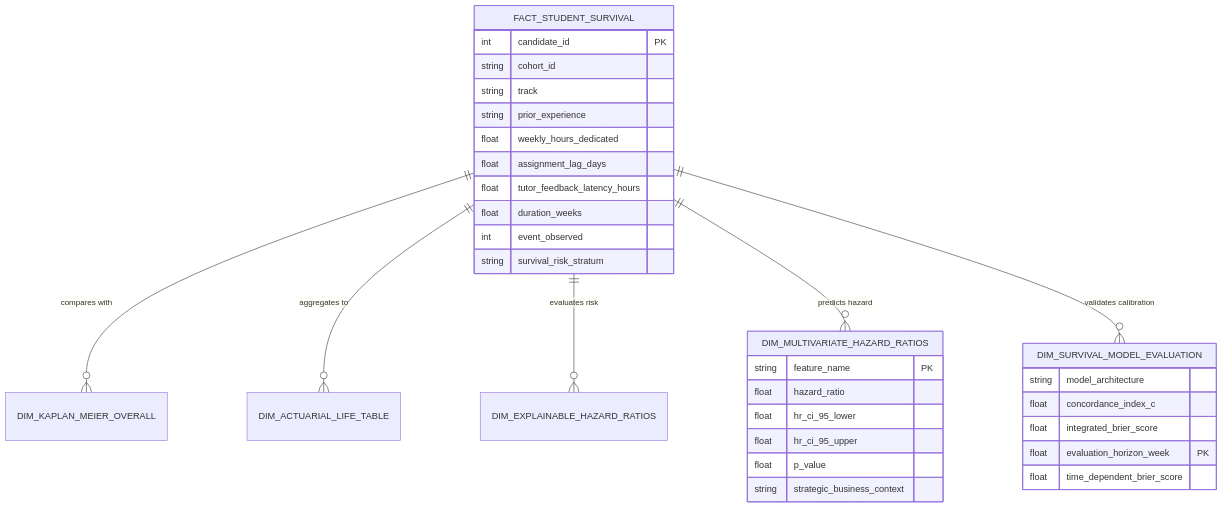
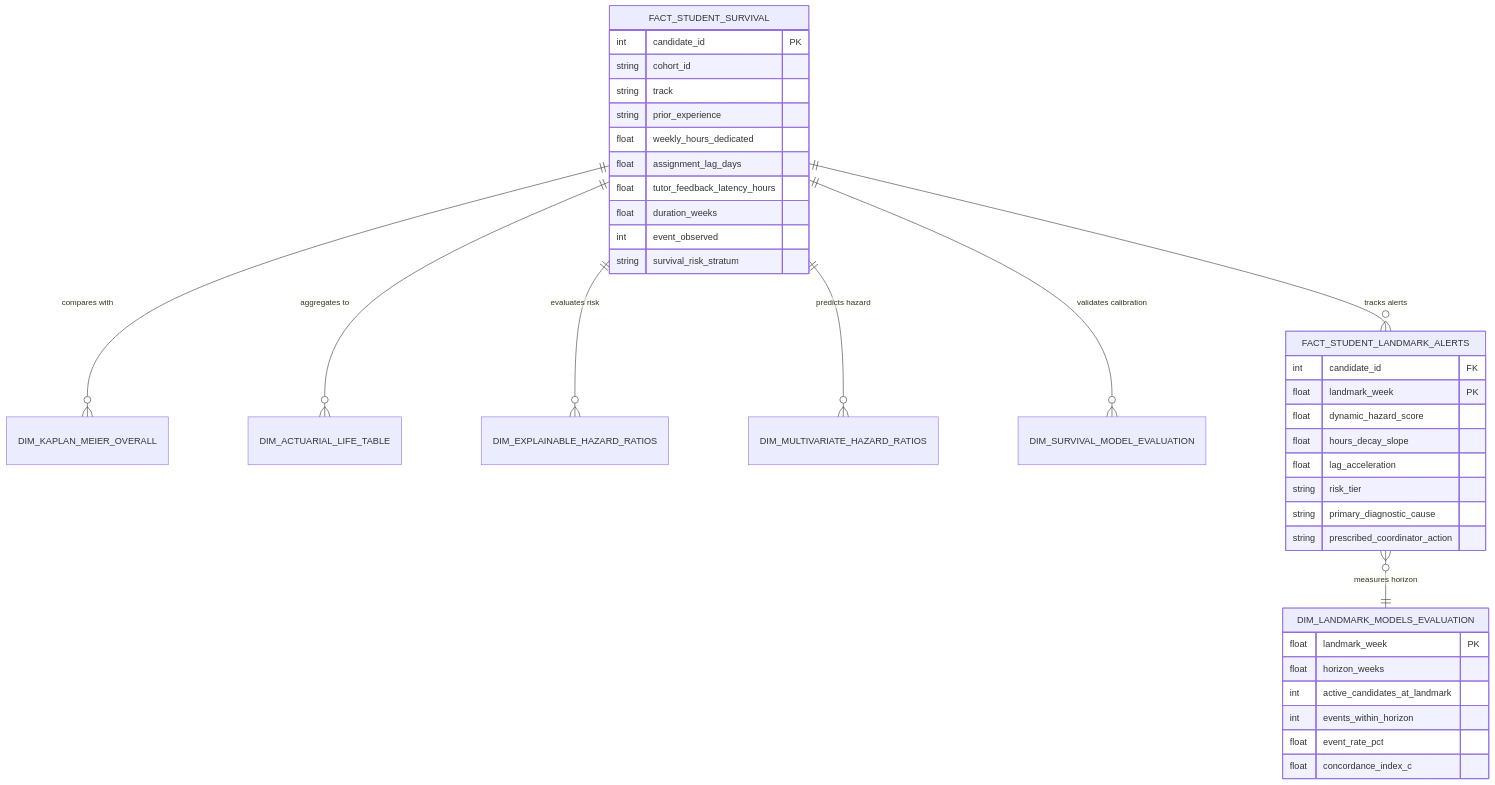
Before and after one commit to Maxrodri0311/crossing-hurdles-talent-survival-engine: the second of 2 diagrams in 00_SPEC.md, drawn with Mermaid. The commit also changed other lines of this file and 5 other files, not shown here.

Commit message:
implement dynamic longitudinal landmark survival engine with trajectory momentum and operational risk triage

````diff
--- a/00_SPEC.md
+++ b/00_SPEC.md
@@ -91,36 +99,41 @@
 ```mermaid
 erDiagram
     FACT_STUDENT_SURVIVAL ||--o{ DIM_KAPLAN_MEIER_OVERALL : "compares with"
     FACT_STUDENT_SURVIVAL ||--o{ DIM_ACTUARIAL_LIFE_TABLE : "aggregates to"
     FACT_STUDENT_SURVIVAL ||--o{ DIM_EXPLAINABLE_HAZARD_RATIOS : "evaluates risk"
     FACT_STUDENT_SURVIVAL ||--o{ DIM_MULTIVARIATE_HAZARD_RATIOS : "predicts hazard"
     FACT_STUDENT_SURVIVAL ||--o{ DIM_SURVIVAL_MODEL_EVALUATION : "validates calibration"
+    FACT_STUDENT_SURVIVAL ||--o{ FACT_STUDENT_LANDMARK_ALERTS : "tracks alerts"
+    FACT_STUDENT_LANDMARK_ALERTS }o--|| DIM_LANDMARK_MODELS_EVALUATION : "measures horizon"
 
     FACT_STUDENT_SURVIVAL {
         int candidate_id PK
         string cohort_id
         string track
         string prior_experience
         float weekly_hours_dedicated
         float assignment_lag_days
         float tutor_feedback_latency_hours
         float duration_weeks
         int event_observed
         string survival_risk_stratum
     }
-    DIM_MULTIVARIATE_HAZARD_RATIOS {
-        string feature_name PK
-        float hazard_ratio
-        float hr_ci_95_lower
-        float hr_ci_95_upper
-        float p_value
-        string strategic_business_context
+    FACT_STUDENT_LANDMARK_ALERTS {
+        int candidate_id FK
+        float landmark_week PK
+        float dynamic_hazard_score
+        float hours_decay_slope
+        float lag_acceleration
+        string risk_tier
+        string primary_diagnostic_cause
+        string prescribed_coordinator_action
     }
-    DIM_SURVIVAL_MODEL_EVALUATION {
-        string model_architecture
+    DIM_LANDMARK_MODELS_EVALUATION {
+        float landmark_week PK
+        float horizon_weeks
+        int active_candidates_at_landmark
+        int events_within_horizon
+        float event_rate_pct
         float concordance_index_c
-        float integrated_brier_score
-        float evaluation_horizon_week PK
-        float time_dependent_brier_score
     }
 ```
````
